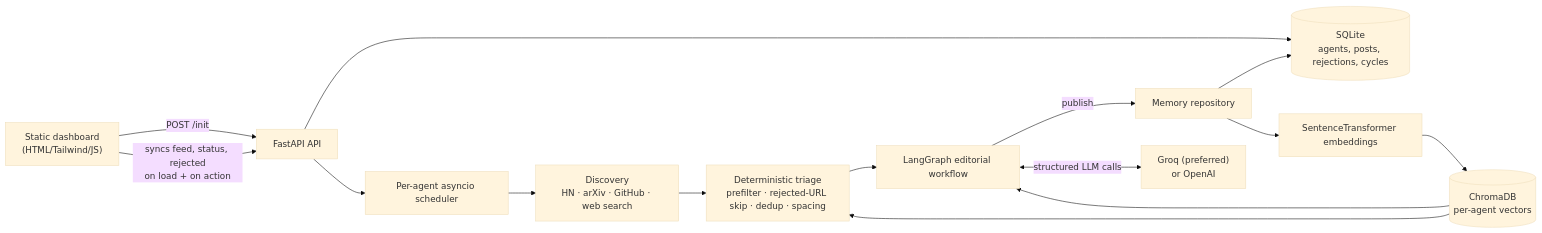
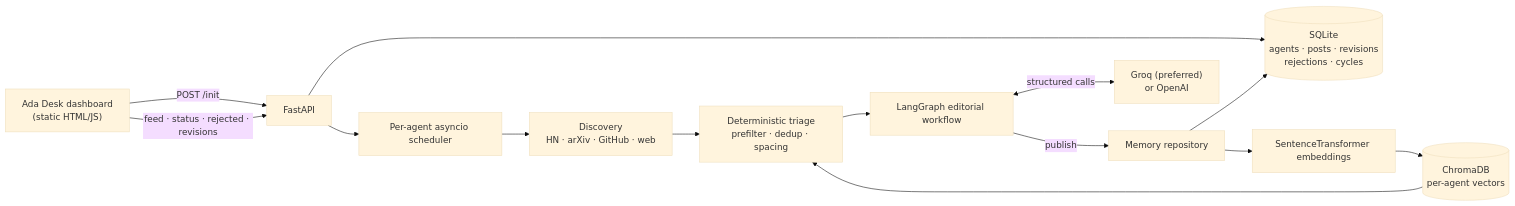
Before and after one commit to NishantV28/Linkedin_Post_Generator-: the diagram in README.md, drawn with Mermaid (base theme). The commit also changed other lines of this file and 17 other files, not shown here.

First line of the commit message:
fix: declare missing AgentState keys, bound the startup LLM check, use the raw client for structured output

````diff
--- a/README.md
+++ b/README.md
@@ -13,17 +57,16 @@
 ```mermaid
 flowchart LR
-    UI["Static dashboard\n(HTML/Tailwind/JS)"] -->|"POST /init"| API["FastAPI API"]
-    UI -->|"syncs feed, status, rejected\non load + on action"| API
-    API --> DB[("SQLite\nagents, posts, rejections, cycles")]
+    UI["Ada Desk dashboard<br/>(static HTML/JS)"] -->|"POST /init"| API["FastAPI"]
+    UI -->|"feed · status · rejected · revisions"| API
+    API --> DB[("SQLite<br/>agents · posts · revisions<br/>rejections · cycles")]
     API --> S["Per-agent asyncio scheduler"]
-    S --> D["Discovery\nHN · arXiv · GitHub · web search"]
-    D --> F["Deterministic triage\nprefilter · rejected-URL skip · dedup · spacing"]
+    S --> D["Discovery<br/>HN · arXiv · GitHub · web"]
+    D --> F["Deterministic triage<br/>prefilter · dedup · spacing"]
     F --> G["LangGraph editorial workflow"]
-    G -->|"publish"| M["Memory repository"]
+    G -->|publish| M["Memory repository"]
     M --> DB
     M --> E["SentenceTransformer embeddings"]
-    E --> C[("ChromaDB\nper-agent vectors")]
+    E --> C[("ChromaDB<br/>per-agent vectors")]
     C --> F
-    C --> G
-    G <-->|"structured LLM calls"| L["Groq (preferred)\nor OpenAI"]
+    G <-->|structured calls| L["Groq (preferred)<br/>or OpenAI"]
 ```
````
